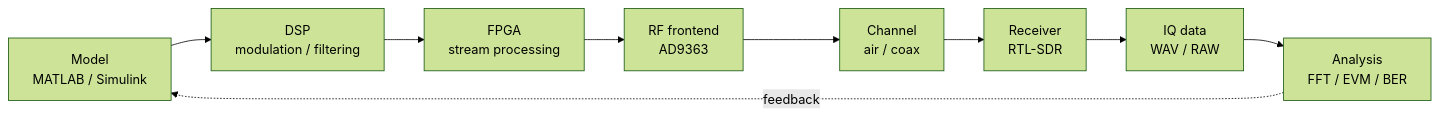
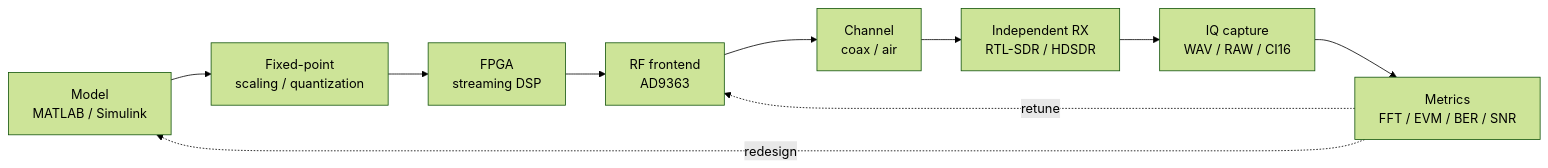
One commit to Lay007/zynq-sdr-course changed the diagram in docs/index.md. Above: the diagram before and after it, drawn with Mermaid (forest theme). The commit also changed other lines of this file, not shown here.

````diff
--- a/docs/index.md
+++ b/docs/index.md
@@ -30,14 +31,15 @@
 ```mermaid
 flowchart LR
-    MODEL[Model\nMATLAB / Simulink]
-    DSP[DSP\nmodulation / filtering]
-    FPGA[FPGA\nstream processing]
-    RF[RF frontend\nAD9363]
-    AIR[Channel\nair / coax]
-    RX[Receiver\nRTL-SDR]
-    IQ[IQ data\nWAV / RAW]
-    ANALYSIS[Analysis\nFFT / EVM / BER]
+    MODEL["Model<br/>MATLAB / Simulink"]
+    FIXED["Fixed-point<br/>scaling / quantization"]
+    FPGA["FPGA<br/>streaming DSP"]
+    RF["RF frontend<br/>AD9363"]
+    CHANNEL["Channel<br/>coax / air"]
+    RX["Independent RX<br/>RTL-SDR / HDSDR"]
+    IQ["IQ capture<br/>WAV / RAW / CI16"]
+    METRICS["Metrics<br/>FFT / EVM / BER / SNR"]
 
-    MODEL --> DSP --> FPGA --> RF --> AIR --> RX --> IQ --> ANALYSIS
-    ANALYSIS -. feedback .-> MODEL
+    MODEL --> FIXED --> FPGA --> RF --> CHANNEL --> RX --> IQ --> METRICS
+    METRICS -. redesign .-> MODEL
+    METRICS -. retune .-> RF
 ```
````
